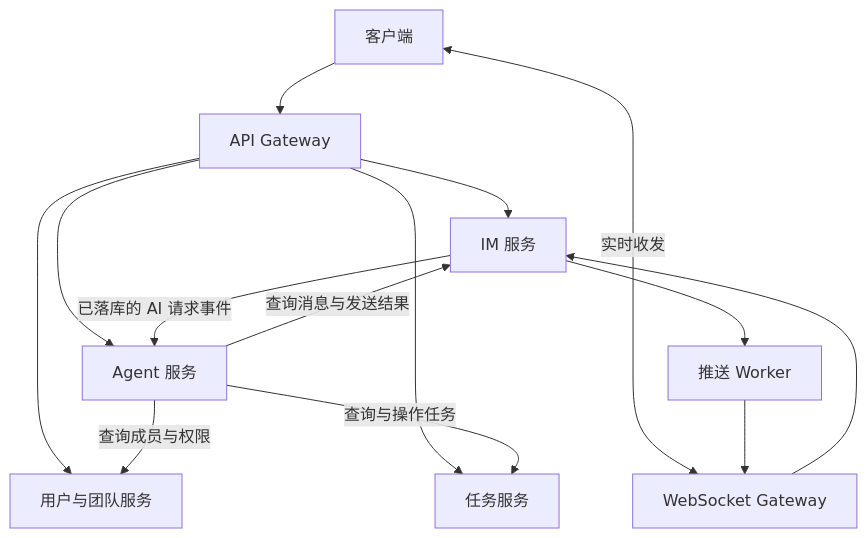
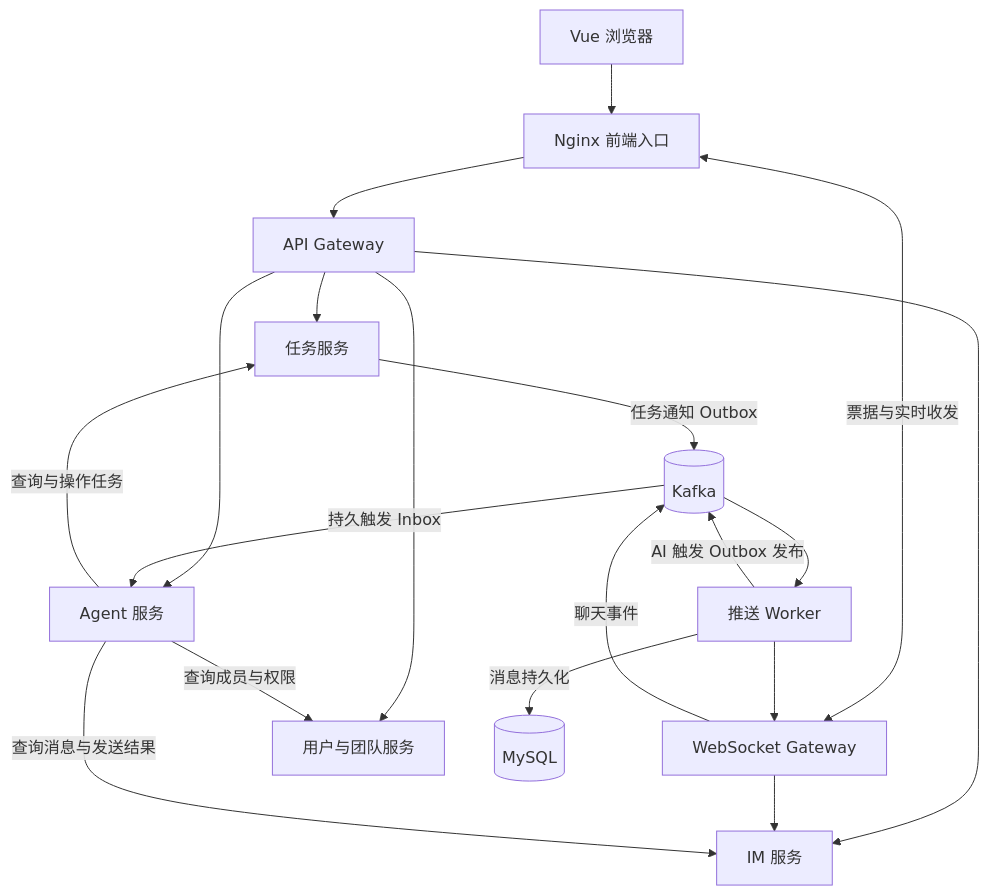
Before and after one commit to Joey0v0/JoeySpace: the diagram in docs/project-plan.md, drawn with Mermaid. The commit also changed other lines of this file and 11 other files, not shown here.

````diff
--- a/docs/project-plan.md
+++ b/docs/project-plan.md
@@ -216,16 +223,21 @@
 ```mermaid
 flowchart TD
-    C[客户端] --> G[API Gateway]
-    C <-->|实时收发| W[WebSocket Gateway]
+    C[Vue 浏览器] --> N[Nginx 前端入口]
+    N --> G[API Gateway]
+    N <-->|票据与实时收发| W[WebSocket Gateway]
     G --> U[用户与团队服务]
     G --> I[IM 服务]
     G --> T[任务服务]
     G --> A[Agent 服务]
     W --> I
-    I -->|已落库的 AI 请求事件| A
+    W -->|聊天事件| K[(Kafka)]
+    K --> P[推送 Worker]
+    P -->|消息持久化| DB[(MySQL)]
+    P -->|AI 触发 Outbox 发布| K
+    K -->|持久触发 Inbox| A
+    T -->|任务通知 Outbox| K
     A -->|查询消息与发送结果| I
     A -->|查询与操作任务| T
     A -->|查询成员与权限| U
-    I --> P[推送 Worker]
     P --> W
 ```
````
